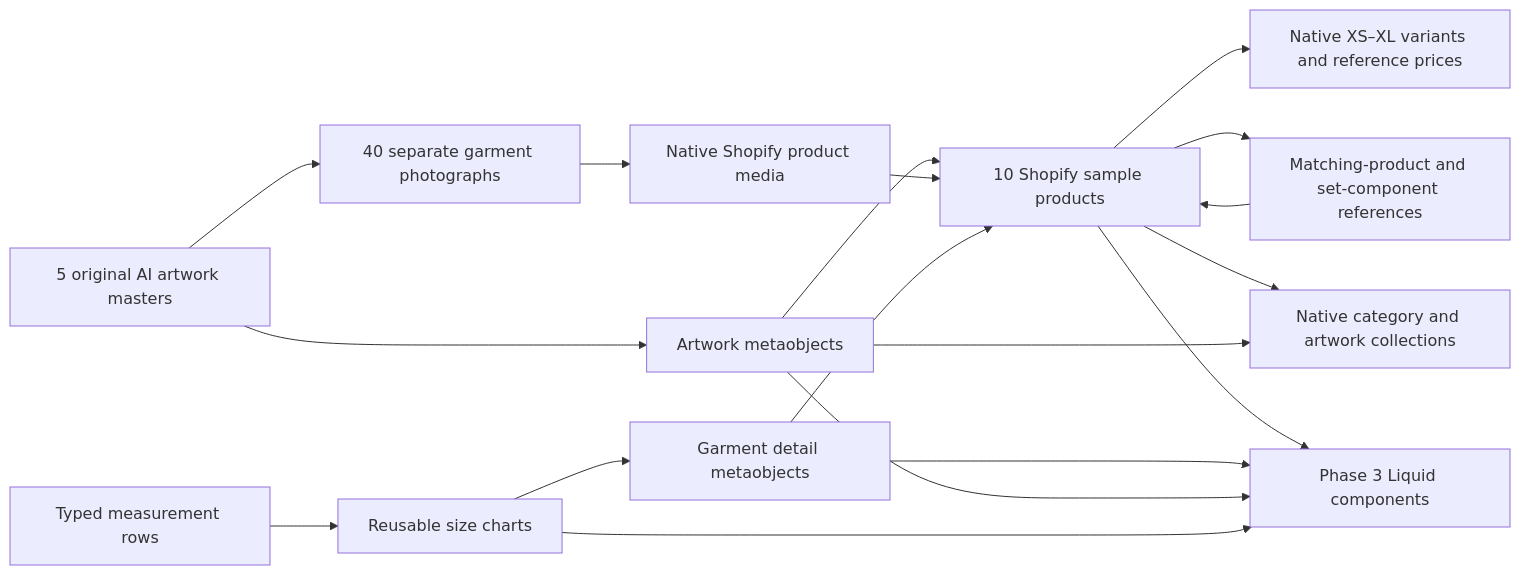
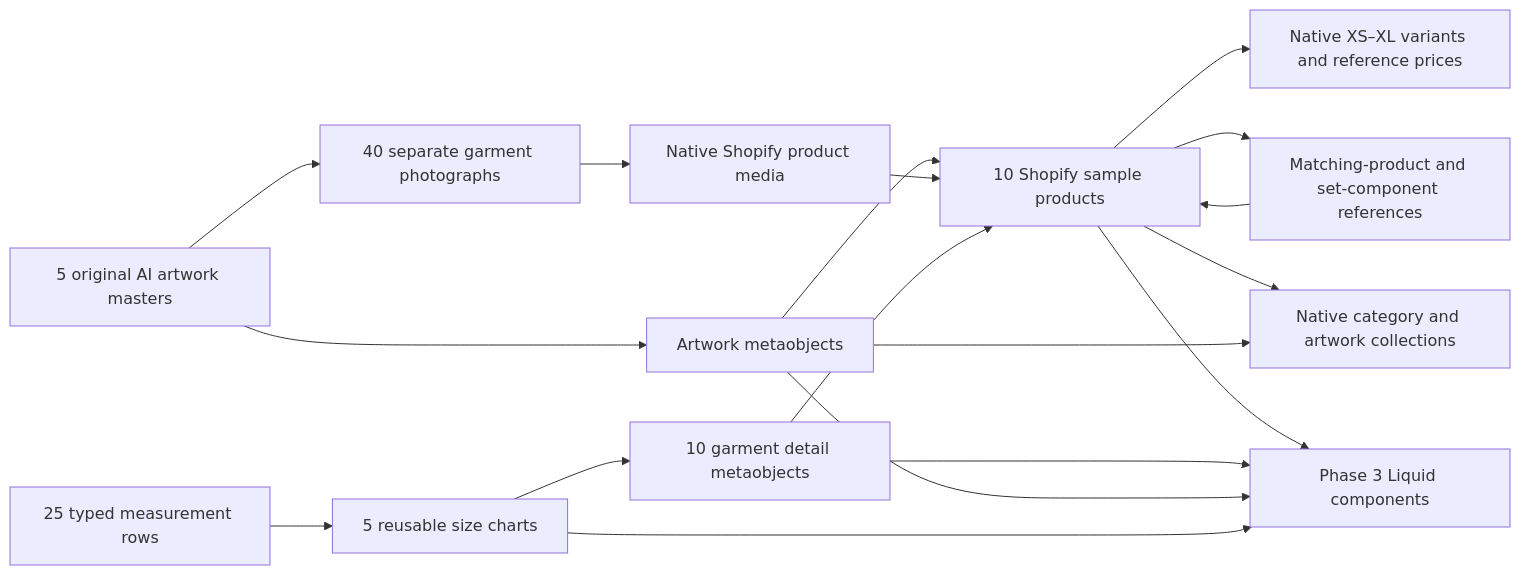
One commit to juppy-dev/tcpfbasics changed the first of 3 diagrams in docs/diagrams/shopify-data-model.md. Above: the diagram before and after it, drawn with Mermaid. The commit also changed other lines of this file and 10 other files, not shown here.

````diff
--- a/docs/diagrams/shopify-data-model.md
+++ b/docs/diagrams/shopify-data-model.md
@@ -5,20 +5,20 @@
 ```mermaid
 flowchart LR
     AI[5 original AI artwork masters] --> A[Artwork metaobjects]
     AI --> IMG[40 separate garment photographs]
     A --> P[10 Shopify sample products]
     IMG --> M[Native Shopify product media]
     M --> P
-    R[Typed measurement rows] --> S[Reusable size charts]
-    S --> G[Garment detail metaobjects]
+    R[25 typed measurement rows] --> S[5 reusable size charts]
+    S --> G[10 garment detail metaobjects]
     G --> P
     P --> V[Native XS–XL variants and reference prices]
     P --> L[Matching-product and set-component references]
     L --> P
     P --> C[Native category and artwork collections]
     A --> C
     P --> T[Phase 3 Liquid components]
     G --> T
     A --> T
     S --> T
 ```
````
